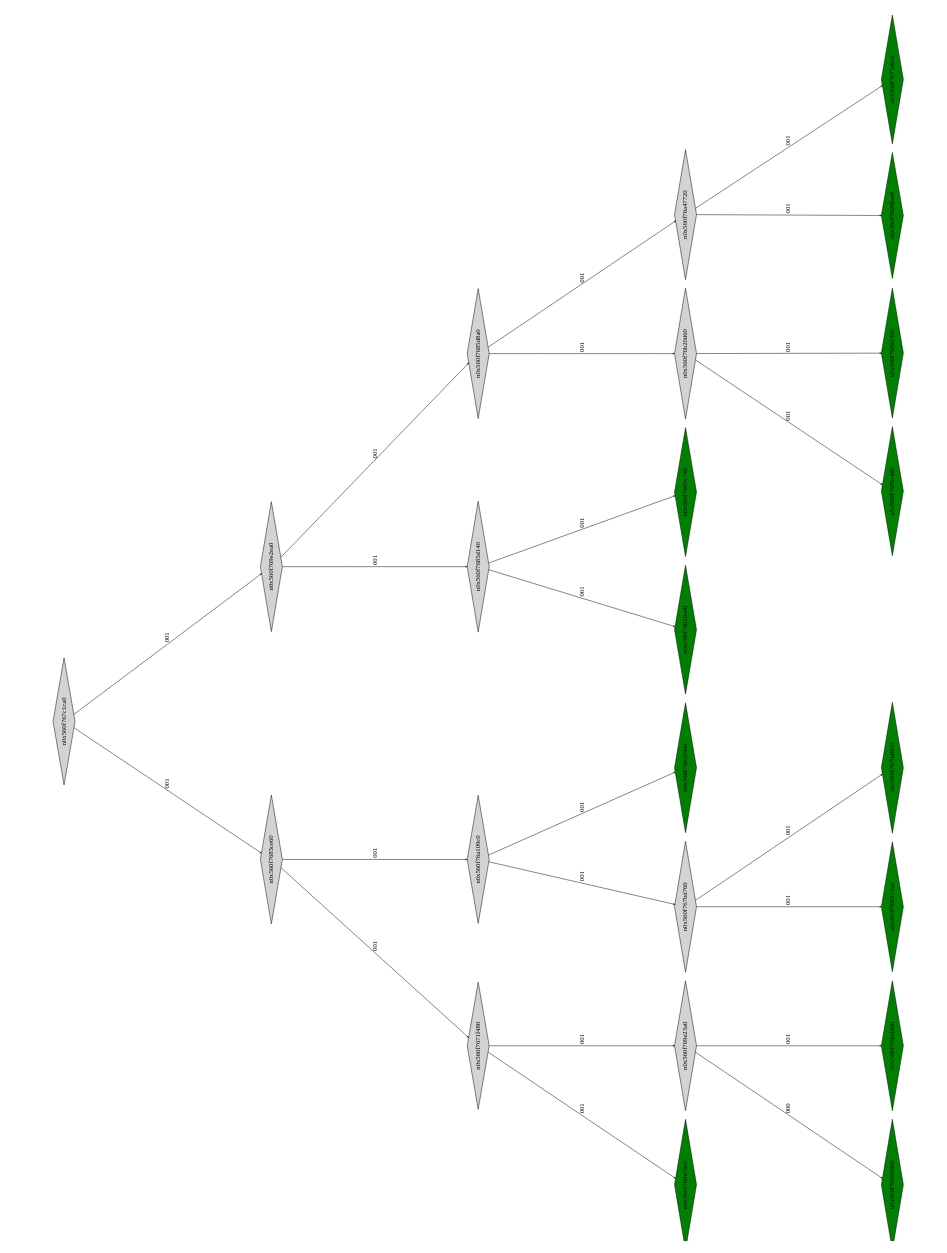
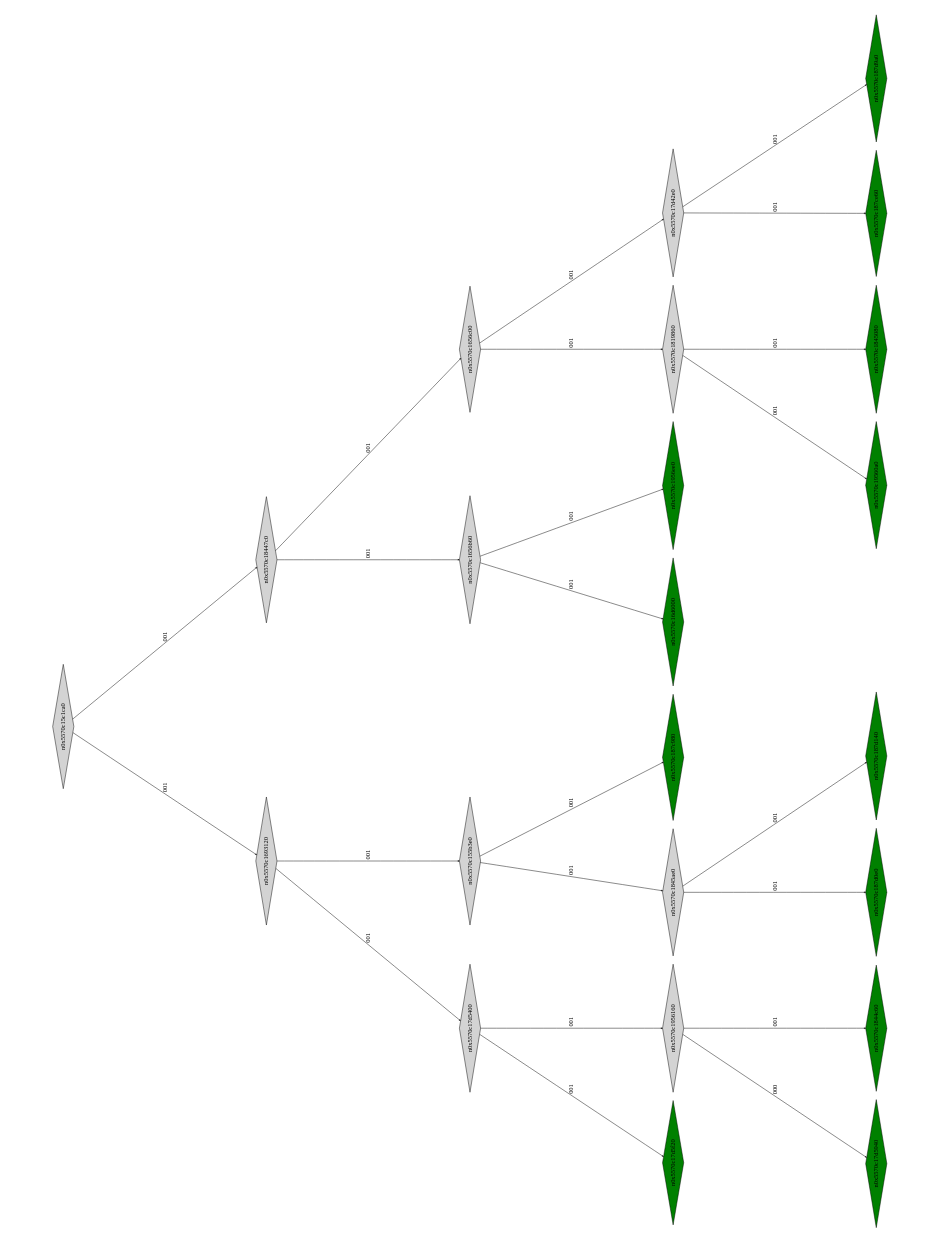
The diagram in montyhall_klee_out/ptree_00001141.dot (Research-Tools-PAVT/PSE-Program-Examples), drawn with Graphviz before and after one commit. The commit also changed 38 other files, not shown here.

```diff
--- a/montyhall_klee_out/ptree_00001141.dot
+++ b/montyhall_klee_out/ptree_00001141.dot
@@ -1,53 +1,53 @@
 digraph G {
 	size="10,7.5";
 	ratio=fill;
 	rotate=90;
 	center = "true";
 	node [style="filled",width=.1,height=.1,fontname="Terminus"]
 	edge [arrowsize=.3]
-	n0x560f767c1ca0 [shape=diamond];
-	n0x560f767c1ca0 -> n0x560f7685ce60 [label=001];
-	n0x560f767c1ca0 -> n0x560f769e2ea0 [label=001];
-	n0x560f769e2ea0 [shape=diamond];
-	n0x560f769e2ea0 -> n0x560f7685d140 [label=001];
-	n0x560f769e2ea0 -> n0x560f7685d8a0 [label=001];
-	n0x560f7685d8a0 [shape=diamond];
-	n0x560f7685d8a0 -> n0x560f76b20d60 [label=001];
-	n0x560f7685d8a0 -> n0x560f76a47720 [label=001];
-	n0x560f76a47720 [shape=diamond];
-	n0x560f76a47720 -> n0x560f7699fae0 [label=001];
-	n0x560f76a47720 -> n0x560f7671e0c0 [label=001];
-	n0x560f7671e0c0 [shape=diamond,fillcolor=green];
-	n0x560f7699fae0 [shape=diamond,fillcolor=green];
-	n0x560f76b20d60 [shape=diamond];
-	n0x560f76b20d60 -> n0x560f7685c480 [label=001];
-	n0x560f76b20d60 -> n0x560f768a0340 [label=001];
-	n0x560f768a0340 [shape=diamond,fillcolor=green];
-	n0x560f7685c480 [shape=diamond,fillcolor=green];
-	n0x560f7685d140 [shape=diamond];
-	n0x560f7685d140 -> n0x560f76b20ce0 [label=001];
-	n0x560f7685d140 -> n0x560f7685c740 [label=001];
-	n0x560f7685c740 [shape=diamond,fillcolor=green];
-	n0x560f76b20ce0 [shape=diamond,fillcolor=green];
-	n0x560f7685ce60 [shape=diamond];
-	n0x560f7685ce60 -> n0x560f7671f480 [label=001];
-	n0x560f7685ce60 -> n0x560f76a109c0 [label=001];
-	n0x560f76a109c0 [shape=diamond];
-	n0x560f76a109c0 -> n0x560f767bd760 [label=001];
-	n0x560f76a109c0 -> n0x560f76b204a0 [label=001];
-	n0x560f76b204a0 [shape=diamond,fillcolor=green];
-	n0x560f767bd760 [shape=diamond];
-	n0x560f767bd760 -> n0x560f768218a0 [label=001];
-	n0x560f767bd760 -> n0x560f767bd900 [label=001];
-	n0x560f767bd900 [shape=diamond,fillcolor=green];
-	n0x560f768218a0 [shape=diamond,fillcolor=green];
-	n0x560f7671f480 [shape=diamond];
-	n0x560f7671f480 -> n0x560f769e36e0 [label=001];
-	n0x560f7671f480 -> n0x560f769e23a0 [label=001];
-	n0x560f769e23a0 [shape=diamond];
-	n0x560f769e23a0 -> n0x560f7685d900 [label=000];
-	n0x560f769e23a0 -> n0x560f769e26a0 [label=001];
-	n0x560f769e26a0 [shape=diamond,fillcolor=green];
-	n0x560f7685d900 [shape=diamond,fillcolor=green];
-	n0x560f769e36e0 [shape=diamond,fillcolor=green];
+	n0x5570c15c1ca0 [shape=diamond];
+	n0x5570c15c1ca0 -> n0x5570c1693120 [label=001];
+	n0x5570c15c1ca0 -> n0x5570c18447c0 [label=001];
+	n0x5570c18447c0 [shape=diamond];
+	n0x5570c18447c0 -> n0x5570c1656b60 [label=001];
+	n0x5570c18447c0 -> n0x5570c1656c00 [label=001];
+	n0x5570c1656c00 [shape=diamond];
+	n0x5570c1656c00 -> n0x5570c1819860 [label=001];
+	n0x5570c1656c00 -> n0x5570c17d42e0 [label=001];
+	n0x5570c17d42e0 [shape=diamond];
+	n0x5570c17d42e0 -> n0x5570c187ce60 [label=001];
+	n0x5570c17d42e0 -> n0x5570c187d9a0 [label=001];
+	n0x5570c187d9a0 [shape=diamond,fillcolor=green];
+	n0x5570c187ce60 [shape=diamond,fillcolor=green];
+	n0x5570c1819860 [shape=diamond];
+	n0x5570c1819860 -> n0x5570c19560a0 [label=001];
+	n0x5570c1819860 -> n0x5570c1845080 [label=001];
+	n0x5570c1845080 [shape=diamond,fillcolor=green];
+	n0x5570c19560a0 [shape=diamond,fillcolor=green];
+	n0x5570c1656b60 [shape=diamond];
+	n0x5570c1656b60 -> n0x5570c16d6000 [label=001];
+	n0x5570c1656b60 -> n0x5570c1956ee0 [label=001];
+	n0x5570c1956ee0 [shape=diamond,fillcolor=green];
+	n0x5570c16d6000 [shape=diamond,fillcolor=green];
+	n0x5570c1693120 [shape=diamond];
+	n0x5570c1693120 -> n0x5570c17d5400 [label=001];
+	n0x5570c1693120 -> n0x5570c155b3e0 [label=001];
+	n0x5570c155b3e0 [shape=diamond];
+	n0x5570c155b3e0 -> n0x5570c1845ae0 [label=001];
+	n0x5570c155b3e0 -> n0x5570c187c980 [label=001];
+	n0x5570c187c980 [shape=diamond,fillcolor=green];
+	n0x5570c1845ae0 [shape=diamond];
+	n0x5570c1845ae0 -> n0x5570c187d0e0 [label=001];
+	n0x5570c1845ae0 -> n0x5570c187d140 [label=001];
+	n0x5570c187d140 [shape=diamond,fillcolor=green];
+	n0x5570c187d0e0 [shape=diamond,fillcolor=green];
+	n0x5570c17d5400 [shape=diamond];
+	n0x5570c17d5400 -> n0x5570c17d5f20 [label=001];
+	n0x5570c17d5400 -> n0x5570c1956160 [label=001];
+	n0x5570c1956160 [shape=diamond];
+	n0x5570c1956160 -> n0x5570c17d5940 [label=000];
+	n0x5570c1956160 -> n0x5570c1844c60 [label=001];
+	n0x5570c1844c60 [shape=diamond,fillcolor=green];
+	n0x5570c17d5940 [shape=diamond,fillcolor=green];
+	n0x5570c17d5f20 [shape=diamond,fillcolor=green];
 }
```
